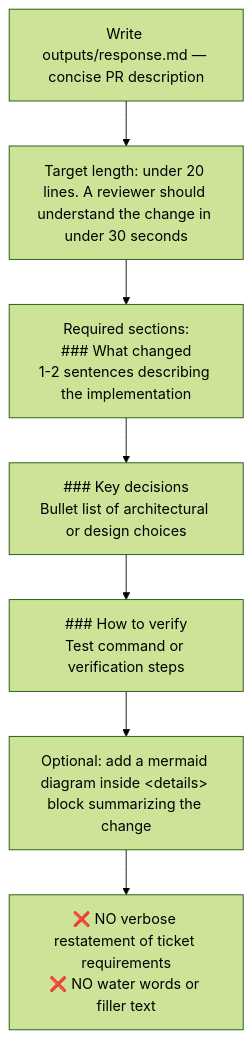
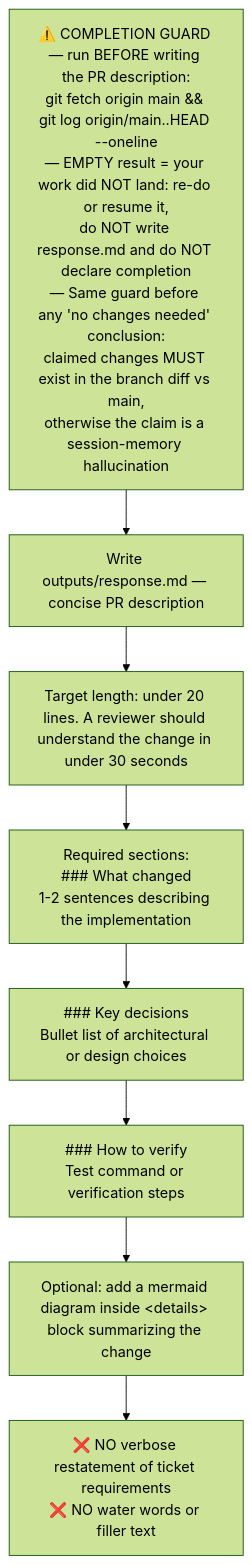
The diagram in instructions/story_development/output_rules.md (IstiN/dmtools-agents), drawn with Mermaid (forest theme) before and after one commit. The commit also changed 4 other files, not shown here.

````diff
--- a/instructions/story_development/output_rules.md
+++ b/instructions/story_development/output_rules.md
@@ -1,11 +1,13 @@
 ```mermaid
 flowchart TD
+    O0["⚠️ COMPLETION GUARD — run BEFORE writing the PR description:<br/>git fetch origin main &amp;&amp; git log origin/main..HEAD --oneline<br/>— EMPTY result = your work did NOT land: re-do or resume it,<br/>do NOT write response.md and do NOT declare completion<br/>— Same guard before any 'no changes needed' conclusion:<br/>claimed changes MUST exist in the branch diff vs main,<br/>otherwise the claim is a session-memory hallucination"]
+    O0 --> O1
     O1["Write outputs/response.md — concise PR description"]
     O2["Target length: under 20 lines. A reviewer should understand the change in under 30 seconds"]
     O3["Required sections:<br/>### What changed<br/>1-2 sentences describing the implementation"]
     O4["### Key decisions<br/>Bullet list of architectural or design choices"]
     O5["### How to verify<br/>Test command or verification steps"]
     O6["Optional: add a mermaid diagram inside &lt;details&gt; block summarizing the change"]
     O7["❌ NO verbose restatement of ticket requirements<br/>❌ NO water words or filler text"]
     O1 --> O2 --> O3 --> O4 --> O5 --> O6 --> O7
 ```
````
